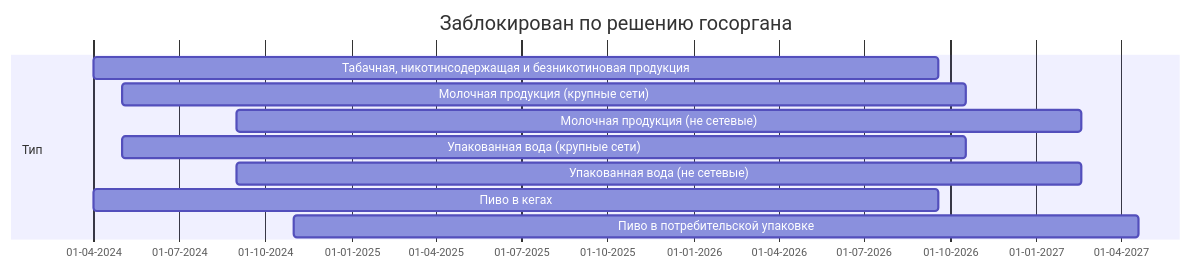
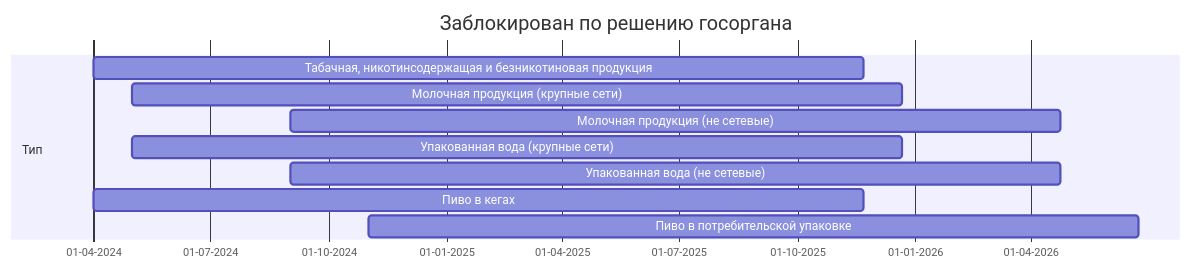
Before and after one commit to itidasoft/wiki: the third of 7 diagrams in imark/ppr1944.md, drawn with Mermaid. The commit also changed other lines of this file, not shown here.

````diff
--- a/imark/ppr1944.md
+++ b/imark/ppr1944.md
@@ -222,14 +222,14 @@
 ```mermaid
 gantt
 	title Заблокирован по решению госоргана
   dateFormat DD-MM-YYYY
   axisFormat %d-%m-%Y
   section Тип  
-  	Табачная, никотинсодержащая и безникотиновая продукция          :a1, 01-04-2024, 900d
-    Молочная продукция (крупные сети)    :a2, 01-05-2024, 900d
-    Молочная продукция (не сетевые)    :a3, 01-09-2024, 900d
-    Упакованная вода (крупные сети)   :a4, 01-05-2024, 900d
-    Упакованная вода (не сетевые)   :a5, 01-09-2024, 900d
-    Пиво в кегах       :a6, 01-04-2024, 900d
-    Пиво в потребительской упаковке       :a7, 01-11-2024, 900d
+  	Табачная, никотинсодержащая и безникотиновая продукция          :a1, 01-04-2024, 600d
+    Молочная продукция (крупные сети)    :a2, 01-05-2024, 600d
+    Молочная продукция (не сетевые)    :a3, 01-09-2024, 600d
+    Упакованная вода (крупные сети)   :a4, 01-05-2024, 600d
+    Упакованная вода (не сетевые)   :a5, 01-09-2024, 600d
+    Пиво в кегах       :a6, 01-04-2024, 600d
+    Пиво в потребительской упаковке       :a7, 01-11-2024, 600d
 ```
````
